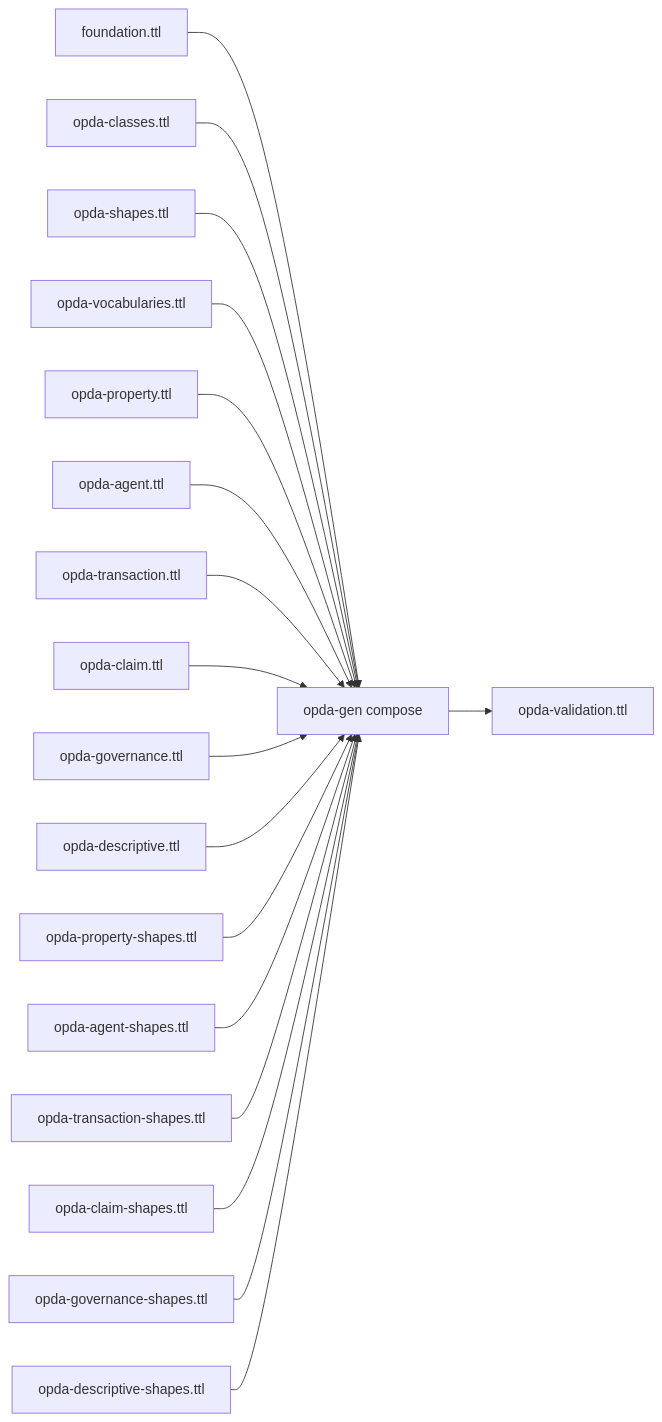
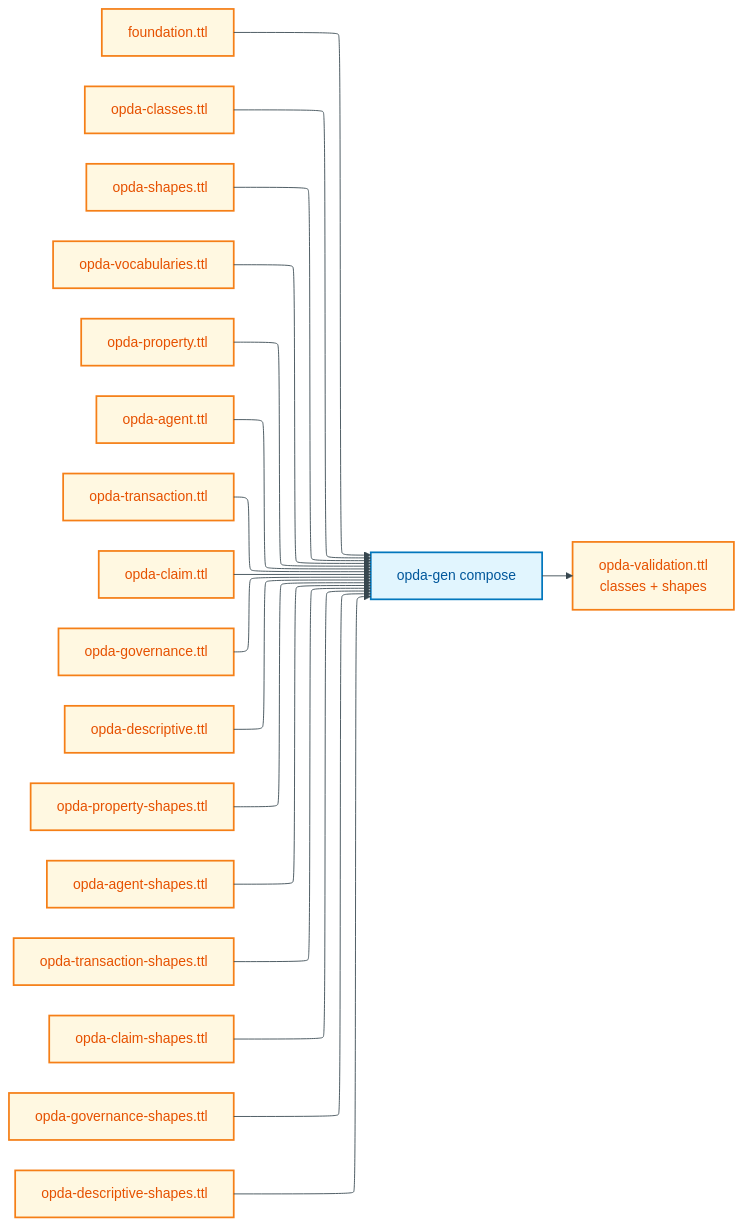
Before and after one commit to sparkling/opda: the diagram in docs/manual/physical-database/derived-profiles/opda-validation.md, drawn with Mermaid. The commit also changed other lines of this file and 36 other files, not shown here.

First line of the commit message:
docs(manual): Physical-DB tier — per-module breakdown + diagram expansion

````diff
--- a/docs/manual/physical-database/derived-profiles/opda-validation.md
+++ b/docs/manual/physical-database/derived-profiles/opda-validation.md
@@ -11,38 +16,52 @@
 ```mermaid
+---
+config:
+  layout: elk
+  elk:
+    mergeEdges: false
+    nodePlacementStrategy: BRANDES_KOEPF
+---
+%%{init: {"theme": "base", "themeVariables": {"primaryColor": "#FFF8E1", "primaryTextColor": "#E65100", "primaryBorderColor": "#F57F17", "lineColor": "#37474F"}}}%%
 flowchart LR
-    foundation[foundation.ttl]
-    classes[opda-classes.ttl]
-    shapesfoundation[opda-shapes.ttl]
-    vocabularies[opda-vocabularies.ttl]
-    propertymod[opda-property.ttl]
-    agentmod[opda-agent.ttl]
-    transactionmod[opda-transaction.ttl]
-    claimmod[opda-claim.ttl]
-    governancemod[opda-governance.ttl]
-    descriptivemod[opda-descriptive.ttl]
-    propertyshapes[opda-property-shapes.ttl]
-    agentshapes[opda-agent-shapes.ttl]
-    transactionshapes[opda-transaction-shapes.ttl]
-    claimshapes[opda-claim-shapes.ttl]
-    governanceshapes[opda-governance-shapes.ttl]
-    descriptiveshapes[opda-descriptive-shapes.ttl]
-    composer[opda-gen compose]
-    output[opda-validation.ttl]
+    accTitle: opda-validation composition recipe
+    accDescr: Shows the source TTLs the composer projects into opda-validation, with annotation TTLs excluded.
+
+    classDef data fill:#FFF8E1,stroke:#F57F17,stroke-width:2px,color:#E65100
+    classDef process fill:#E1F5FE,stroke:#0277BD,stroke-width:2px,color:#01579B
+
+    foundation["foundation.ttl"]:::data
+    classes["opda-classes.ttl"]:::data
+    shapesfoundation["opda-shapes.ttl"]:::data
+    vocabularies["opda-vocabularies.ttl"]:::data
+    propertymod["opda-property.ttl"]:::data
+    agentmod["opda-agent.ttl"]:::data
+    transactionmod["opda-transaction.ttl"]:::data
+    claimmod["opda-claim.ttl"]:::data
+    governancemod["opda-governance.ttl"]:::data
+    descriptivemod["opda-descriptive.ttl"]:::data
+    propertyshapes["opda-property-shapes.ttl"]:::data
+    agentshapes["opda-agent-shapes.ttl"]:::data
+    transactionshapes["opda-transaction-shapes.ttl"]:::data
+    claimshapes["opda-claim-shapes.ttl"]:::data
+    governanceshapes["opda-governance-shapes.ttl"]:::data
+    descriptiveshapes["opda-descriptive-shapes.ttl"]:::data
+    composer["opda-gen compose"]:::process
+    output["opda-validation.ttl<br/>classes + shapes"]:::data
     foundation --> composer
     classes --> composer
     shapesfoundation --> composer
     vocabularies --> composer
     propertymod --> composer
     agentmod --> composer
     transactionmod --> composer
     claimmod --> composer
     governancemod --> composer
     descriptivemod --> composer
     propertyshapes --> composer
     agentshapes --> composer
     transactionshapes --> composer
     claimshapes --> composer
     governanceshapes --> composer
     descriptiveshapes --> composer
     composer --> output
 ```
````
